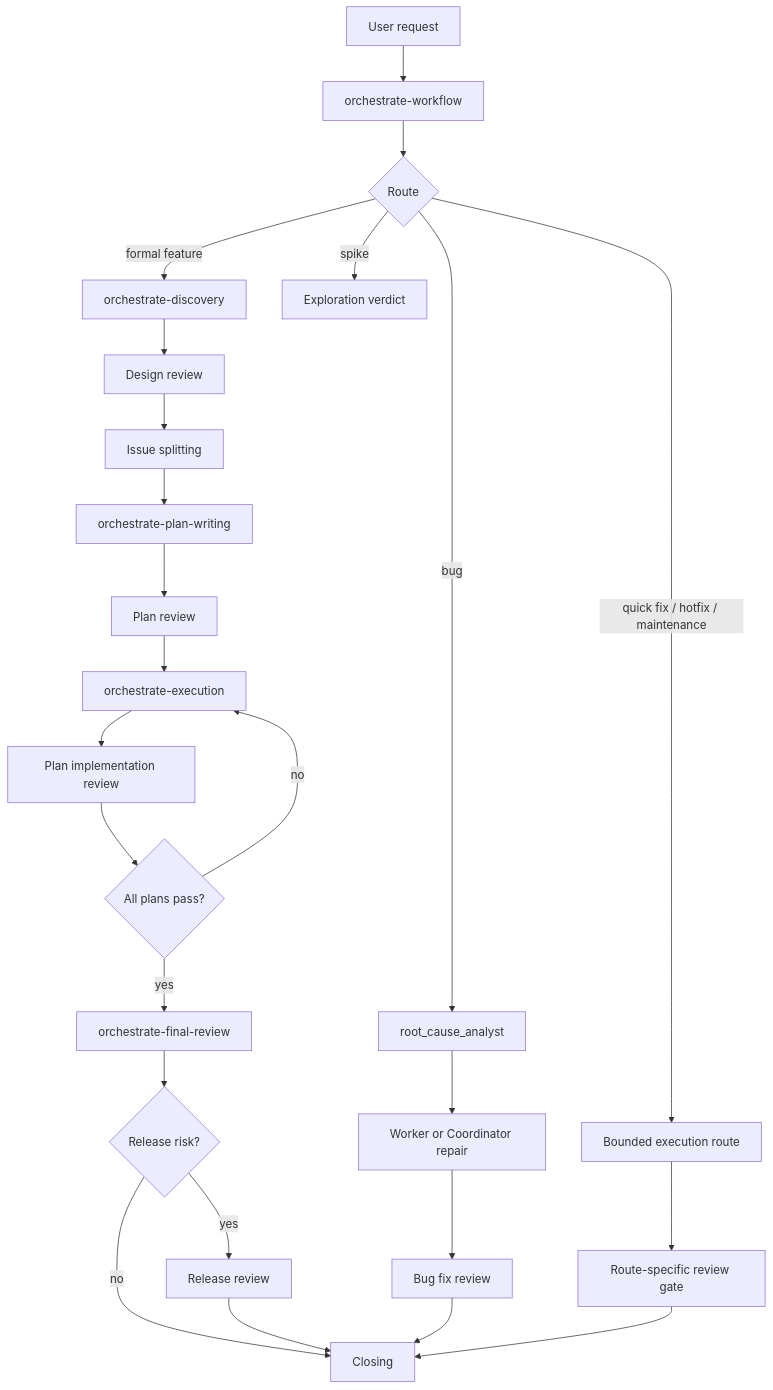
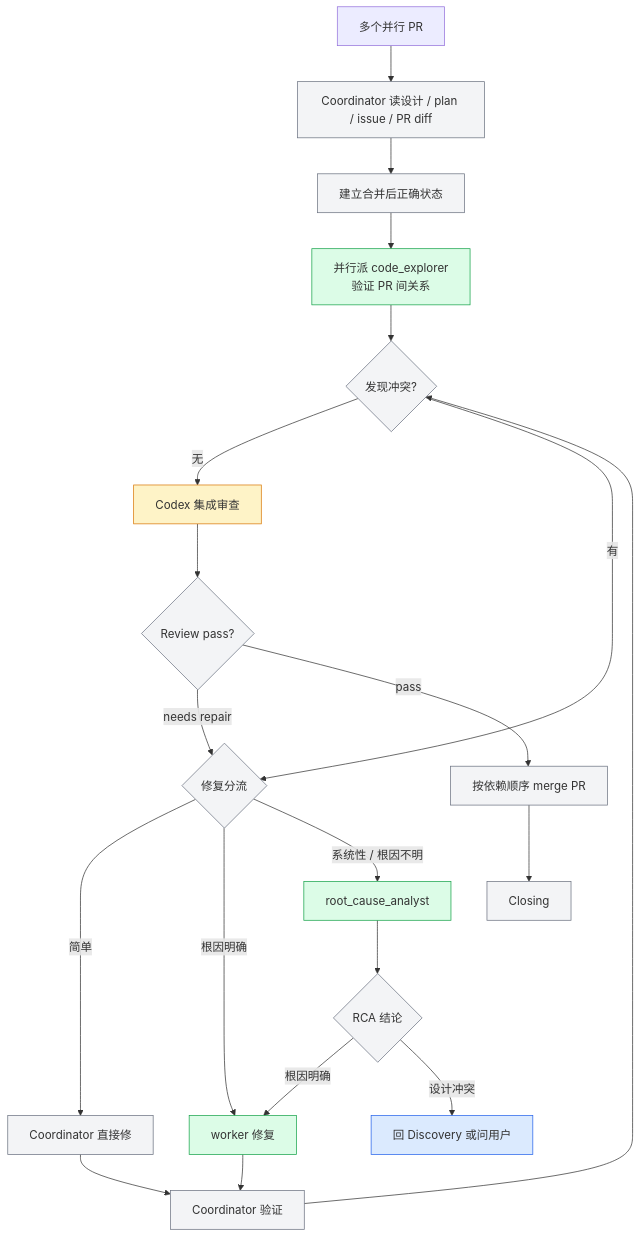
The third of 4 diagrams in codex-orchestrate/architecture-draft.md (chancheuklap/multi-model-workflow), drawn with Mermaid before and after one commit. The commit also changed other lines of this file and 5 other files, not shown here.

Commit message:
docs(codex): formalize orchestrate architecture and worktree contract

````diff
--- a/codex-orchestrate/architecture-draft.md
+++ b/codex-orchestrate/architecture-draft.md
@@ -64,27 +214,27 @@
 ```mermaid
 flowchart TD
-    A["User request"] --> B["orchestrate-workflow"]
-    B --> C{"Route"}
-    C -->|"formal feature"| D["orchestrate-discovery"]
-    D --> E["Design review"]
-    E --> F["Issue splitting"]
-    F --> G["orchestrate-plan-writing"]
-    G --> H["Plan review"]
-    H --> I["orchestrate-execution"]
-    I --> J["Plan implementation review"]
-    J --> K{"All plans pass?"}
-    K -->|"no"| I
-    K -->|"yes"| L["orchestrate-final-review"]
-    L --> M{"Release risk?"}
-    M -->|"yes"| N["Release review"]
-    M -->|"no"| O["Closing"]
-    N --> O
-    C -->|"bug"| P["root_cause_analyst"]
-    P --> Q["Worker or Coordinator repair"]
-    Q --> R["Bug fix review"]
-    R --> O
-    C -->|"quick fix / hotfix / maintenance"| S["Bounded execution route"]
-    S --> T["Route-specific review gate"]
-    T --> O
-    C -->|"spike"| U["Exploration verdict"]
+    classDef skill fill:#dbeafe,stroke:#2563eb
+    classDef agent fill:#dcfce7,stroke:#16a34a
+    classDef review fill:#fef3c7,stroke:#d97706
+    classDef coord fill:#f3f4f6,stroke:#6b7280
+
+    A["多个并行 PR"] --> B["Coordinator 读设计 / plan / issue / PR diff"]:::coord
+    B --> C["建立合并后正确状态"]:::coord
+    C --> D["并行派 code_explorer\n验证 PR 间关系"]:::agent
+    D --> E{"发现冲突?"}:::coord
+    E -->|"无"| IR["Codex 集成审查"]:::review
+    E -->|"有"| F{"修复分流"}:::coord
+    F -->|"简单"| G["Coordinator 直接修"]:::coord
+    F -->|"根因明确"| H["worker 修复"]:::agent
+    F -->|"系统性 / 根因不明"| RCA["root_cause_analyst"]:::agent
+    RCA --> R{"RCA 结论"}:::coord
+    R -->|"根因明确"| H
+    R -->|"设计冲突"| DISC["回 Discovery 或问用户"]:::skill
+    G --> V["Coordinator 验证"]:::coord
+    H --> V
+    V --> E
+    IR --> J{"Review pass?"}:::coord
+    J -->|"needs repair"| F
+    J -->|"pass"| M["按依赖顺序 merge PR"]:::coord
+    M --> CLOSE["Closing"]:::coord
 ```
````
